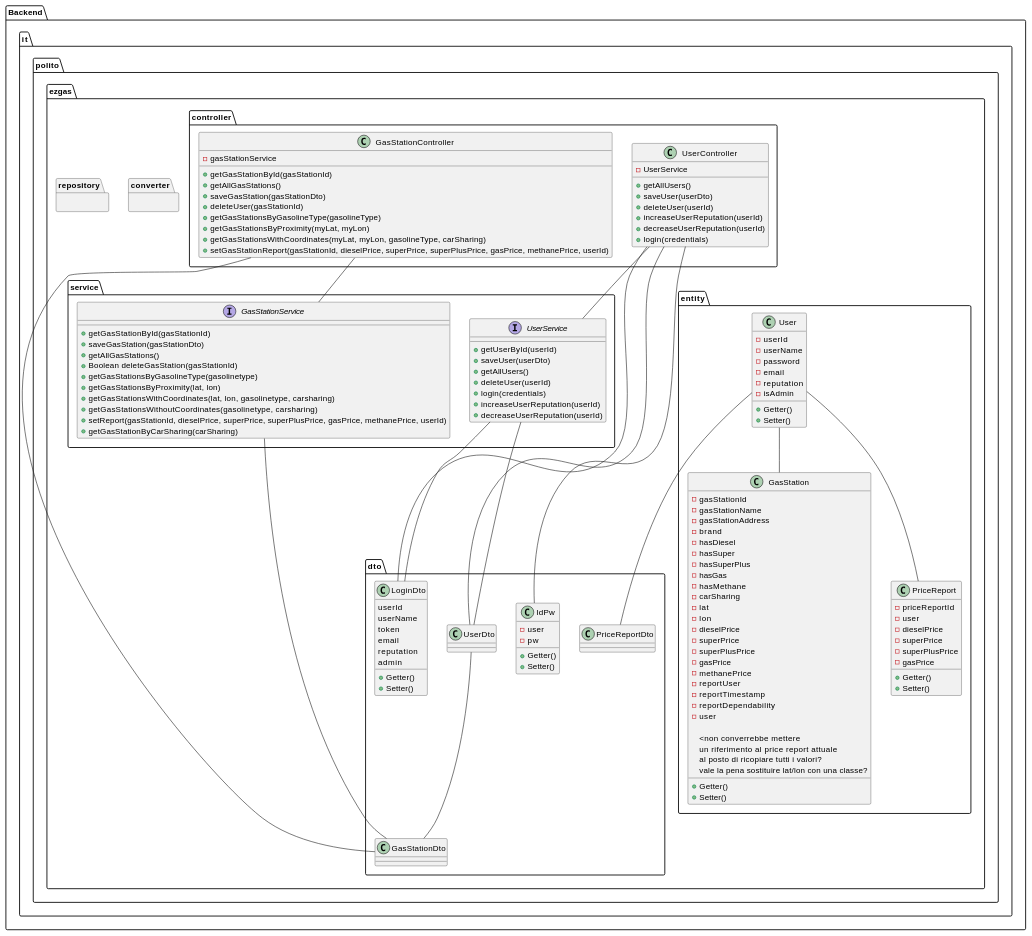
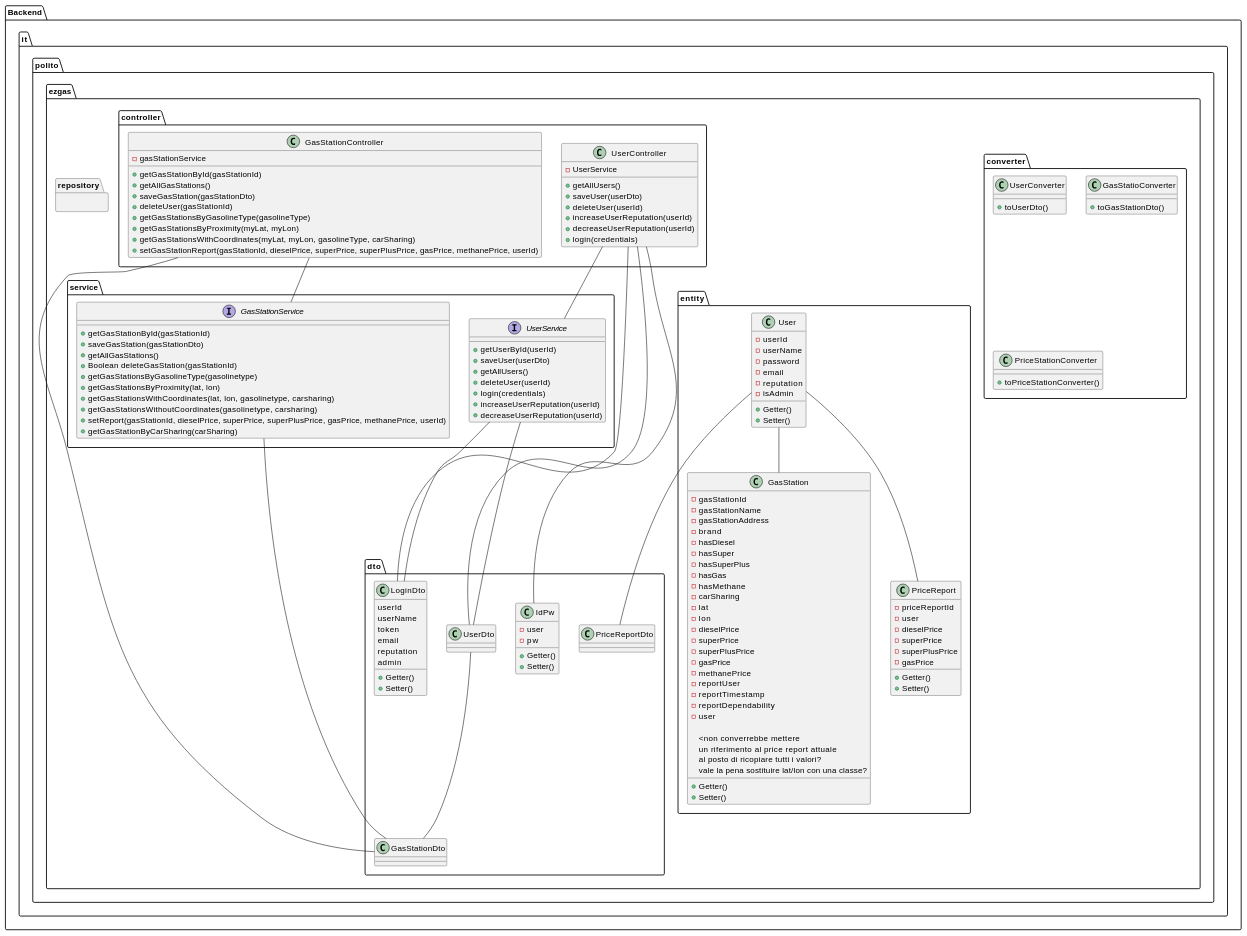
Before and after one commit to SE2-group4/SE1-project: the fourth of 7 diagrams in docs/DesignDocument.md, drawn with PlantUML. The commit also changed other lines of this file, not shown here.

Commit message:
fix: fix in traceability mat and added converter in LLD

```diff
--- a/docs/DesignDocument.md
+++ b/docs/DesignDocument.md
@@ -229,7 +229,15 @@
 
 
 package "it.polito.ezgas.converter" {
-
+    class UserConverter{
+        + toUserDto()
+    }
+    class GasStatioConverter{
+        + toGasStationDto()
+    }
+    class PriceStationConverter{
+        + toPriceStationConverter()
+    }
 }
 
 package "it.polito.ezgas.entity" {
@@ -374,6 +382,7 @@
     UserController -- LoginDto
     UserController -- UserDto
     UserController -- UserService
+
 }
 
 
```
